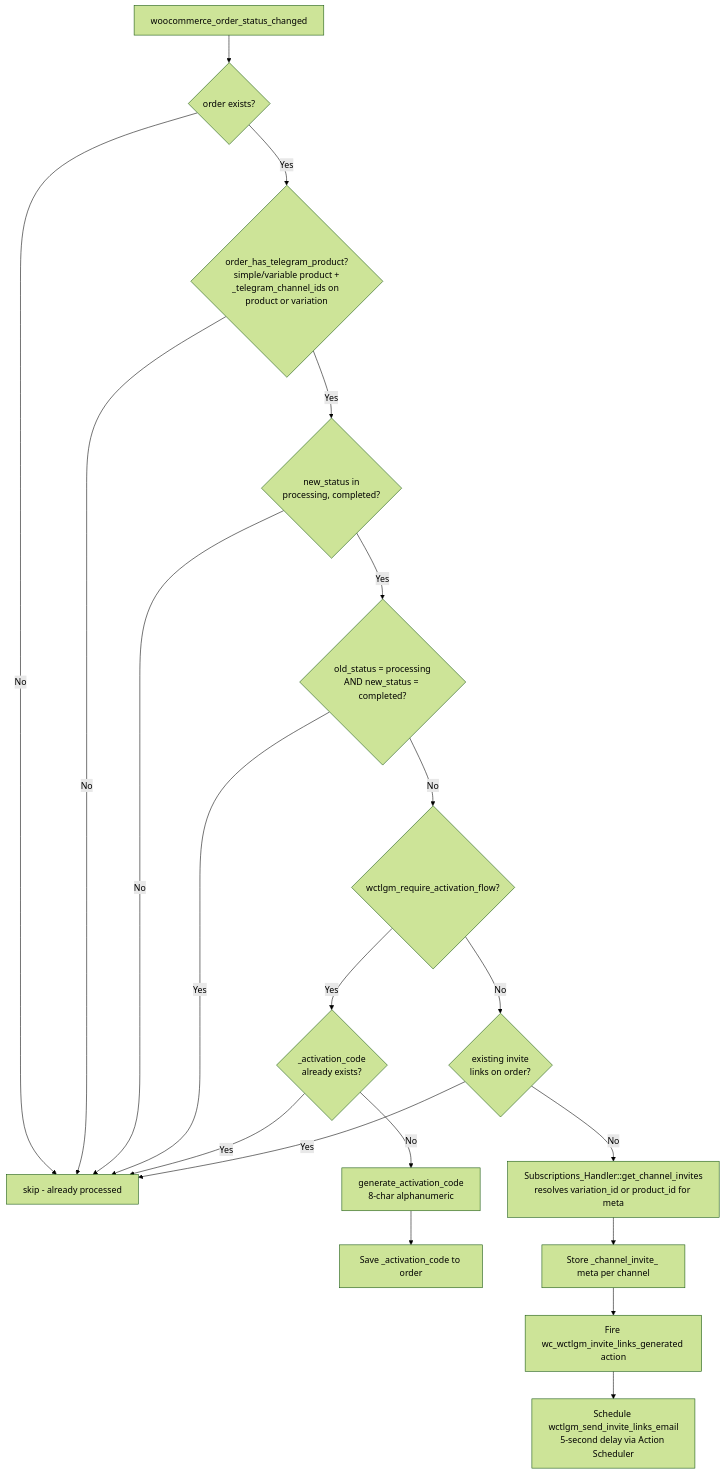
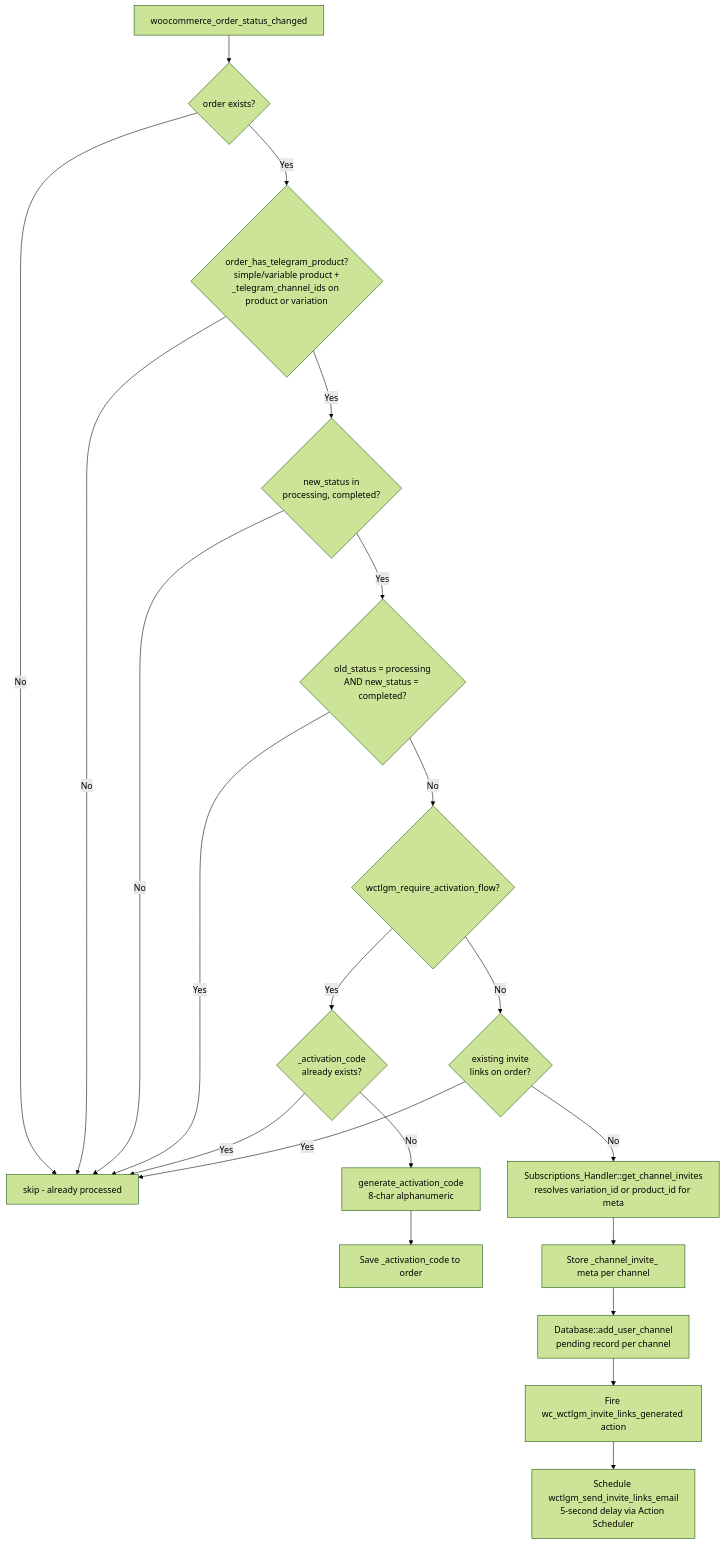
One commit to nickpagz/wctlgm-subscriber-manager-lite changed the first of 6 diagrams in agent-context/DATA-FLOW.md. Above: the diagram before and after it, drawn with Mermaid (forest theme). The commit also changed other lines of this file and 19 other files, not shown here.

````diff
--- a/agent-context/DATA-FLOW.md
+++ b/agent-context/DATA-FLOW.md
@@ -7,24 +7,25 @@
 ```mermaid
 flowchart TD
     A[woocommerce_order_status_changed] --> B{order exists?}
     B -->|No| Z[return]
     B -->|Yes| C{order_has_telegram_product?<br>simple/variable product +<br>_telegram_channel_ids on product or variation}
     C -->|No| Z
     C -->|Yes| D{new_status in<br>processing, completed?}
     D -->|No| Z
     D -->|Yes| E{old_status = processing<br>AND new_status = completed?}
     E -->|Yes| Z[skip - already processed]
     E -->|No| F{wctlgm_require_activation_flow?}
 
     F -->|Yes| G{_activation_code<br>already exists?}
     G -->|Yes| Z
     G -->|No| H[generate_activation_code<br>8-char alphanumeric]
     H --> I[Save _activation_code to order]
 
     F -->|No| J{existing invite<br>links on order?}
     J -->|Yes| Z
     J -->|No| K[Subscriptions_Handler::get_channel_invites<br>resolves variation_id or product_id for meta]
     K --> L[Store _channel_invite_ meta per channel]
-    L --> M[Fire wc_wctlgm_invite_links_generated action]
+    L --> L2[Database::add_user_channel<br>pending record per channel]
+    L2 --> M[Fire wc_wctlgm_invite_links_generated action]
     M --> N[Schedule wctlgm_send_invite_links_email<br>5-second delay via Action Scheduler]
 ```
````
